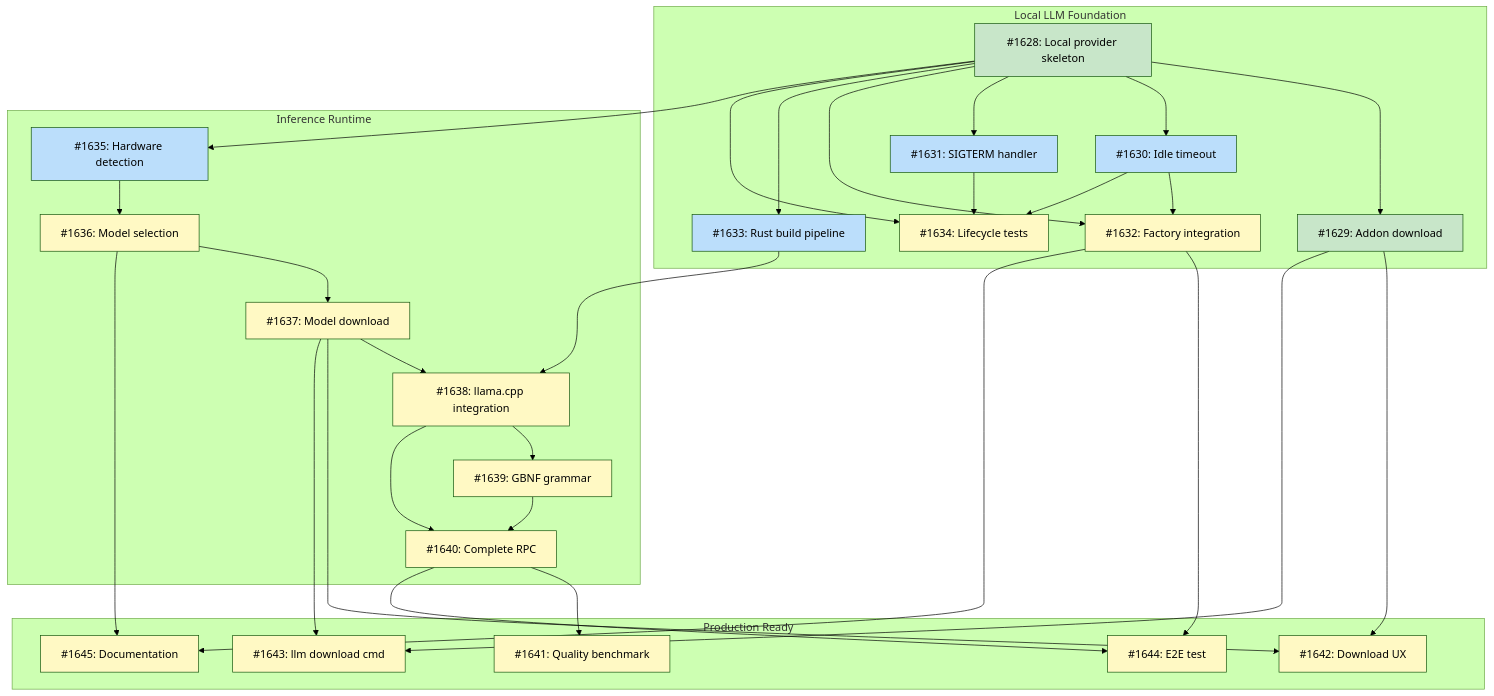
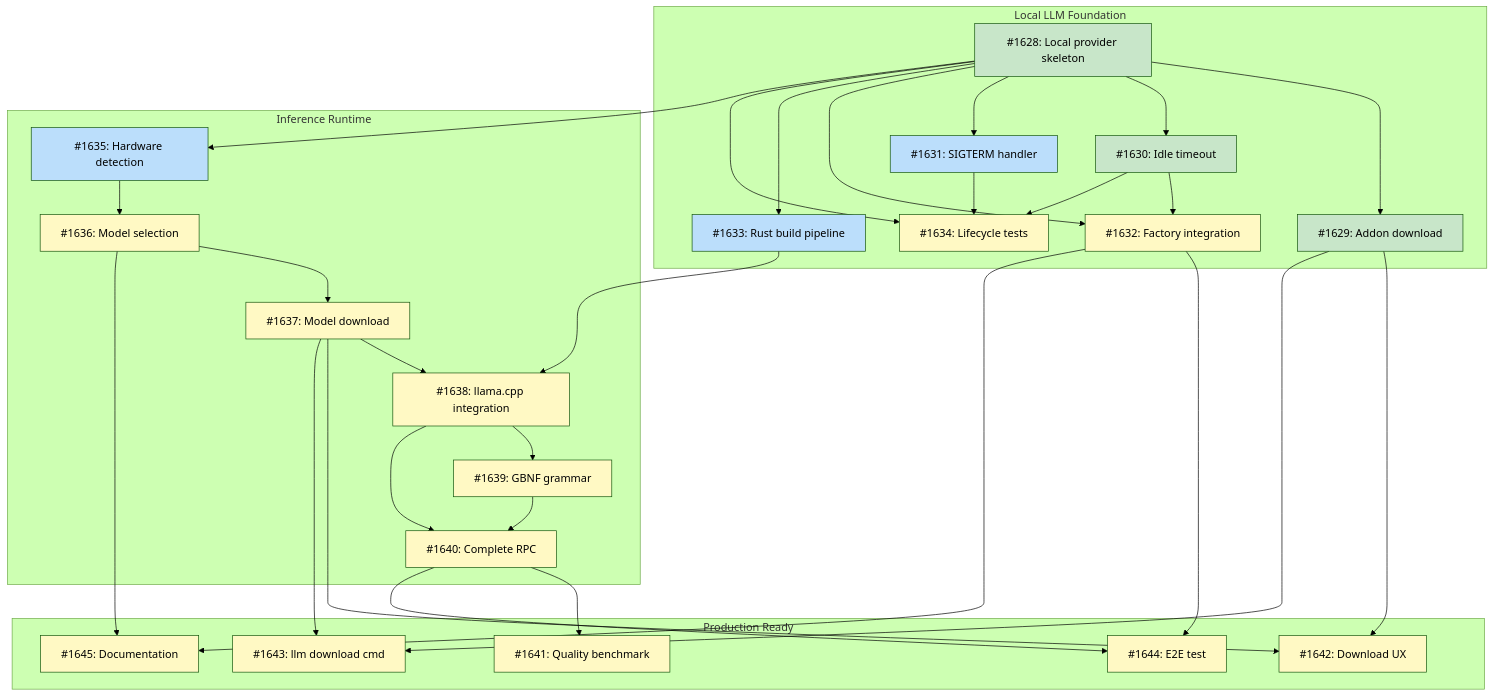
The diagram in docs/designs/DESIGN-local-llm-runtime.md (tsukumogami/tsuku), drawn with Mermaid (forest theme) before and after one commit. The commit also changed other lines of this file and 2 other files, not shown here.

Commit message:
feat(llm): add configurable idle timeout
Add idle timeout support to ServerLifecycle:
- DefaultIdleTimeout constant (5 minutes)
- TSUKU_LLM_IDLE_TIMEOUT env var override
- GetIdleTimeout() helper function
- IdleTimeout() and SetIdleTimeout() methods
- Pass --idle-timeout flag when starting addon

The Go client reads the env var and passes the timeout to tsuku-llm
via --idle-timeout flag. This enables testing with short timeouts and
allows users to customize server lifetime.

Closes #1630

````diff
--- a/docs/designs/DESIGN-local-llm-runtime.md
+++ b/docs/designs/DESIGN-local-llm-runtime.md
@@ -74,65 +74,65 @@
 ```mermaid
 graph TD
     subgraph M1["Local LLM Foundation"]
         I1628["#1628: Local provider skeleton"]
         I1629["#1629: Addon download"]
         I1630["#1630: Idle timeout"]
         I1631["#1631: SIGTERM handler"]
         I1632["#1632: Factory integration"]
         I1633["#1633: Rust build pipeline"]
         I1634["#1634: Lifecycle tests"]
     end
 
     subgraph M2["Inference Runtime"]
         I1635["#1635: Hardware detection"]
         I1636["#1636: Model selection"]
         I1637["#1637: Model download"]
         I1638["#1638: llama.cpp integration"]
         I1639["#1639: GBNF grammar"]
         I1640["#1640: Complete RPC"]
     end
 
     subgraph M3["Production Ready"]
         I1641["#1641: Quality benchmark"]
         I1642["#1642: Download UX"]
         I1643["#1643: llm download cmd"]
         I1644["#1644: E2E test"]
         I1645["#1645: Documentation"]
     end
 
     I1628 --> I1629
     I1628 --> I1630
     I1628 --> I1631
     I1628 --> I1632
     I1630 --> I1632
     I1628 --> I1633
     I1628 --> I1634
     I1630 --> I1634
     I1631 --> I1634
     I1628 --> I1635
     I1635 --> I1636
     I1636 --> I1637
     I1633 --> I1638
     I1637 --> I1638
     I1638 --> I1639
     I1638 --> I1640
     I1639 --> I1640
     I1640 --> I1641
     I1629 --> I1642
     I1637 --> I1642
     I1629 --> I1643
     I1637 --> I1643
     I1640 --> I1644
     I1632 --> I1644
     I1632 --> I1645
     I1636 --> I1645
 
     classDef done fill:#c8e6c9
     classDef ready fill:#bbdefb
     classDef blocked fill:#fff9c4
     classDef needsDesign fill:#e1bee7
 
-    class I1628,I1629 done
-    class I1630,I1631,I1633,I1635 ready
+    class I1628,I1629,I1630 done
+    class I1631,I1633,I1635 ready
     class I1632,I1634,I1636,I1637,I1638,I1639,I1640,I1641,I1642,I1643,I1644,I1645 blocked
 ```
````
